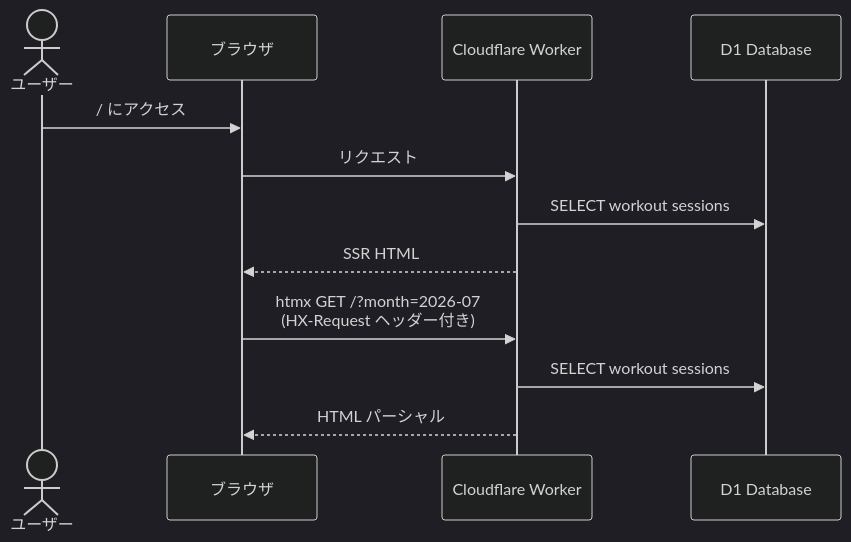
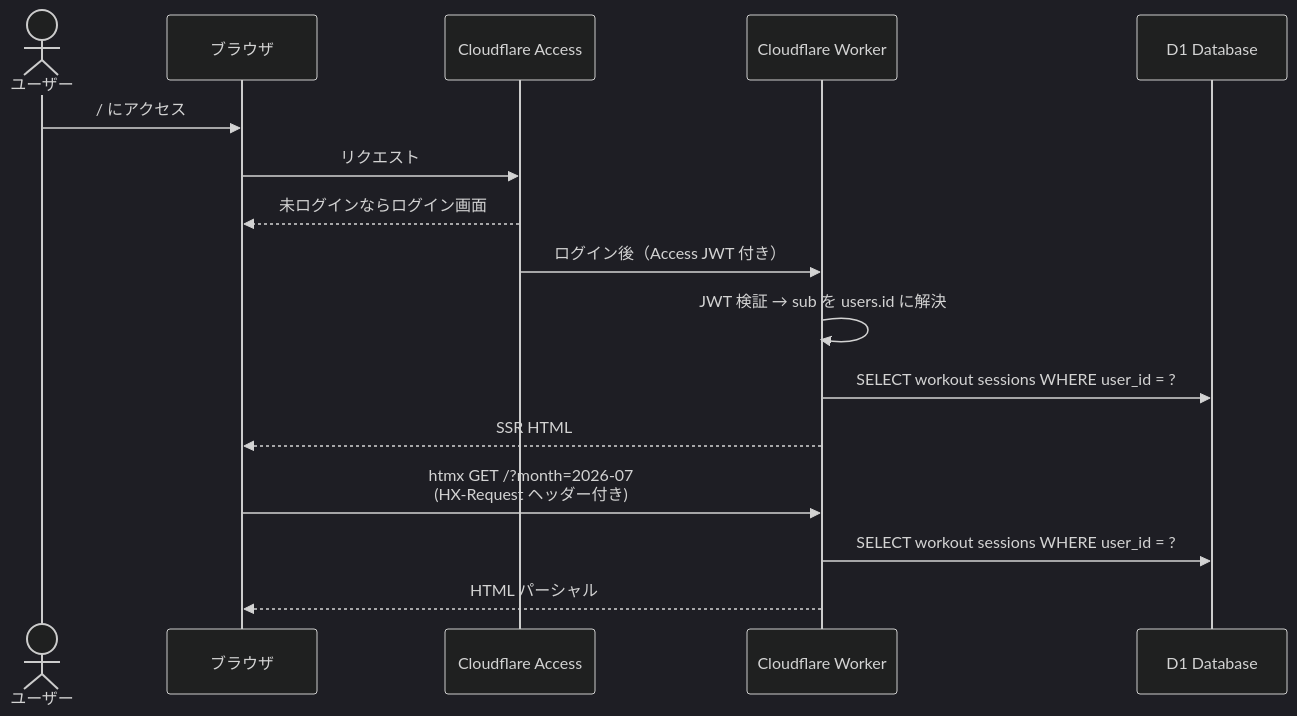
The fourth of 4 diagrams in docs/architecture.md (japan4415/training-logger), drawn with Mermaid (dark theme) before and after one commit. The commit also changed other lines of this file and 13 other files, not shown here.

````diff
--- a/docs/architecture.md
+++ b/docs/architecture.md
@@ -124,15 +184,19 @@
 ```mermaid
 sequenceDiagram
     actor User as ユーザー
     participant Browser as ブラウザ
+    participant Access as Cloudflare Access
     participant Worker as Cloudflare Worker
     participant D1 as D1 Database
 
     User->>Browser: / にアクセス
-    Browser->>Worker: リクエスト
-    Worker->>D1: SELECT workout sessions
+    Browser->>Access: リクエスト
+    Access-->>Browser: 未ログインならログイン画面
+    Access->>Worker: ログイン後（Access JWT 付き）
+    Worker->>Worker: JWT 検証 → sub を users.id に解決
+    Worker->>D1: SELECT workout sessions WHERE user_id = ?
     Worker-->>Browser: SSR HTML
     Browser->>Worker: htmx GET /?month=2026-07<br/>(HX-Request ヘッダー付き)
-    Worker->>D1: SELECT workout sessions
+    Worker->>D1: SELECT workout sessions WHERE user_id = ?
     Worker-->>Browser: HTML パーシャル
 ```
````
